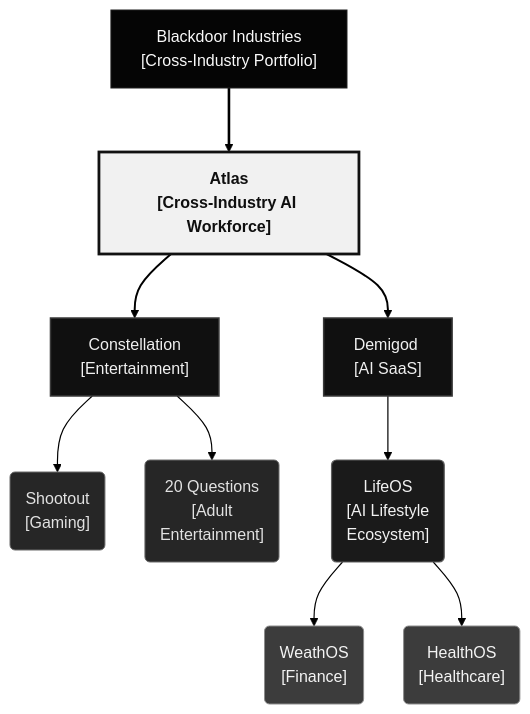
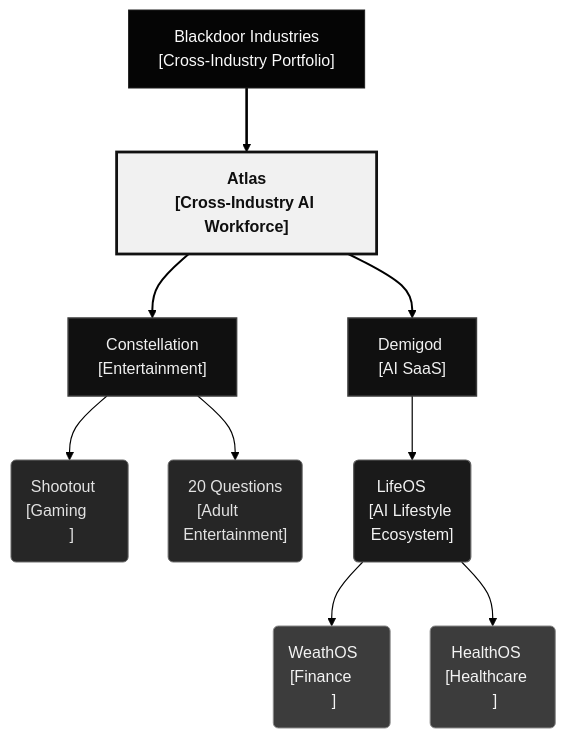
The first of 2 diagrams in profile/README.md (Blackdoor-Industries/.github), drawn with Mermaid before and after one commit.

Commit message:
Standardize rounded node sizing with multiline padding

````diff
--- a/profile/README.md
+++ b/profile/README.md
@@ -41,49 +41,49 @@
 ```mermaid
 %%{init: {
   "theme": "base",
   "flowchart": {
     "curve": "basis",
     "nodeSpacing": 40,
     "rankSpacing": 64
   },
   "themeVariables": {
     "fontFamily": "Helvetica, Arial, sans-serif",
     "lineColor": "#000000",
     "textColor": "#eaeaea",
     "primaryColor": "#181818",
     "primaryBorderColor": "#454545",
     "tertiaryColor": "#121212",
     "background": "#ffffff"
   }
 }}%%
 flowchart TB
     BD["Blackdoor Industries<br/>[Cross-Industry Portfolio]"]:::holding
     ATLAS["Atlas<br/>[Cross-Industry AI Workforce]"]:::atlas
     CONST["Constellation<br/>[Entertainment]"]:::subsidiary
     DEMI["Demigod&nbsp;<br/>[AI SaaS]"]:::subsidiary
-    SHOOT("Shootout<br/>[Gaming]"):::product
-    VN("20 Questions<br/>[Adult<br/>Entertainment]"):::product
-    LIFE("LifeOS<br/>[AI Lifestyle<br/>Ecosystem]"):::ecosystem
-    WEATH("WeathOS<br/>[Finance]"):::module
-    HEALTH("HealthOS<br/>[Healthcare]"):::module
+    SHOOT("Shootout&nbsp;&nbsp;&nbsp;<br/>[Gaming&nbsp;&nbsp;&nbsp;&nbsp;&nbsp;&nbsp;<br/>&nbsp;]"):::product
+    VN("20 Questions<br/>[Adult&nbsp;&nbsp;&nbsp;&nbsp;&nbsp;&nbsp;&nbsp;&nbsp;<br/>Entertainment]"):::product
+    LIFE("LifeOS&nbsp;&nbsp;&nbsp;&nbsp;&nbsp;<br/>[AI Lifestyle&nbsp;<br/>Ecosystem]"):::ecosystem
+    WEATH("WeathOS&nbsp;&nbsp;&nbsp;&nbsp;<br/>[Finance&nbsp;&nbsp;&nbsp;&nbsp;&nbsp;<br/>&nbsp;]"):::module
+    HEALTH("HealthOS&nbsp;&nbsp;&nbsp;<br/>[Healthcare&nbsp;&nbsp;&nbsp;<br/>&nbsp;]"):::module
 
     BD ==> ATLAS
     ATLAS ==> CONST
     ATLAS ==> DEMI
     CONST --> SHOOT
     CONST --> VN
     DEMI --> LIFE
     LIFE --> WEATH
     LIFE --> HEALTH
 
     classDef holding fill:#050505,stroke:#202020,stroke-width:1px,color:#fafafa
     classDef atlas fill:#f1f1f1,stroke:#111111,stroke-width:2.8px,color:#0f0f0f,font-weight:700
     classDef subsidiary fill:#101010,stroke:#3a3a3a,stroke-width:1.5px,color:#f0f0f0
     classDef ecosystem fill:#1a1a1a,stroke:#5f5f5f,stroke-width:1.2px,color:#f2f2f2
     classDef product fill:#262626,stroke:#6a6a6a,stroke-width:1px,color:#e2e2e2
     classDef module fill:#3c3c3c,stroke:#8c8c8c,stroke-width:1px,color:#f4f4f4
 
     linkStyle 0 stroke:#000000,stroke-width:2.6px
     linkStyle 1,2 stroke:#000000,stroke-width:2px
     linkStyle 3,4,5,6,7 stroke:#000000,stroke-width:1.2px
 ```
````
